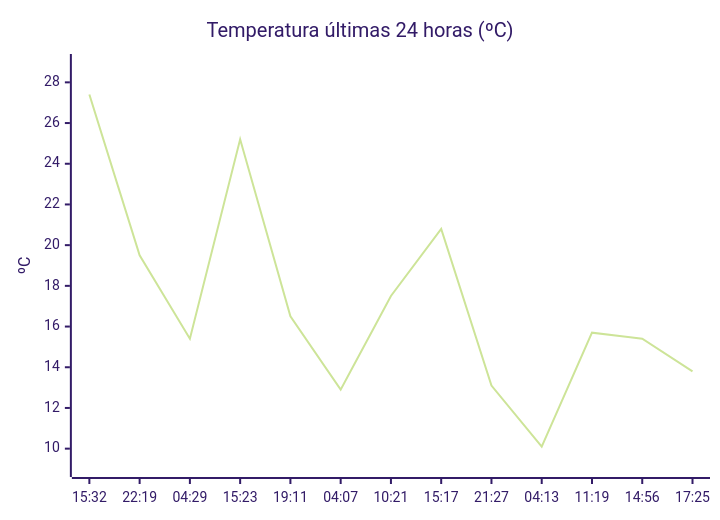
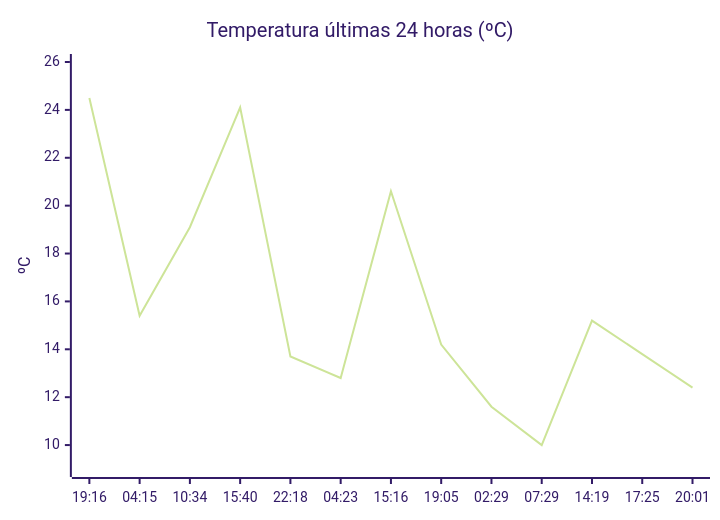
The diagram in README.md (solidsnk86/rem-scrap), drawn with Mermaid (forest theme) before and after one commit. The commit also changed other lines of this file, not shown here.

````diff
--- a/README.md
+++ b/README.md
@@ -28,7 +36,7 @@
 ```mermaid
 xychart-beta
     title "Temperatura últimas 24 horas (ºC)"
-    x-axis ["15:32", "22:19", "04:29", "15:23", "19:11", "04:07", "10:21", "15:17", "21:27", "04:13", "11:19", "14:56", "17:25"]
-    y-axis "ºC" 9 --> 29
-    line [27.4, 19.5, 15.4, 25.2, 16.5, 12.9, 17.5, 20.8, 13.1, 10.1, 15.7, 15.4, 13.8]
+    x-axis ["19:16", "04:15", "10:34", "15:40", "22:18", "04:23", "15:16", "19:05", "02:29", "07:29", "14:19", "17:25", "20:01"]
+    y-axis "ºC" 9 --> 26
+    line [24.5, 15.4, 19.1, 24.1, 13.7, 12.8, 20.6, 14.2, 11.6, 10, 15.2, 13.8, 12.4]
 ```
````
